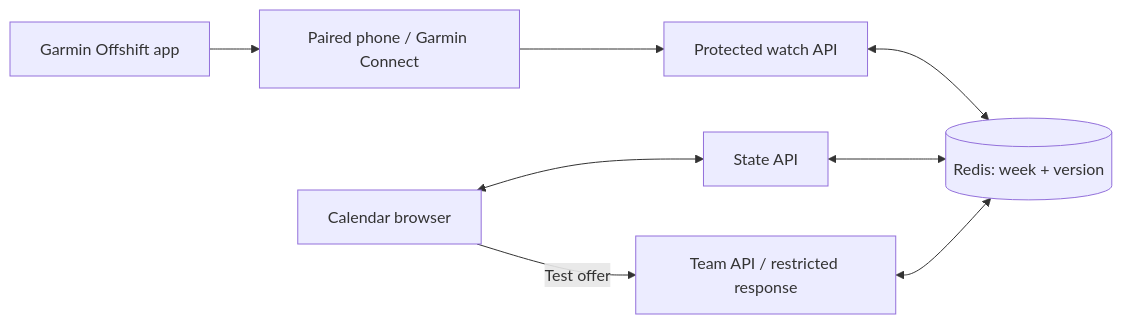
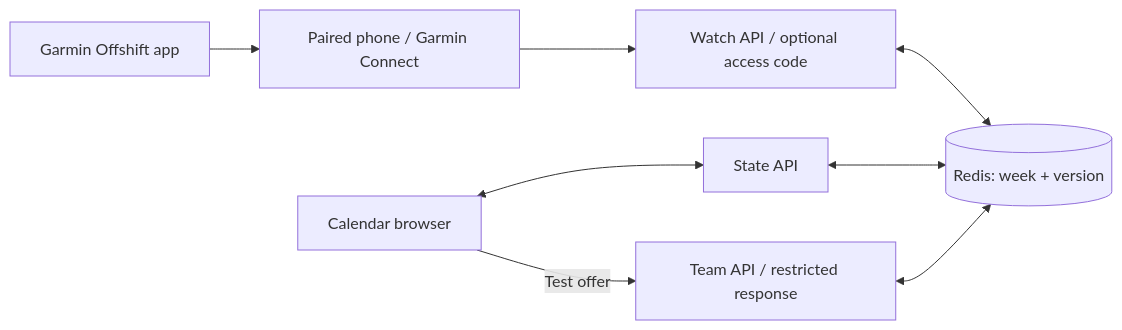
Before and after one commit to AndhikaNayakaAW/DECO2850-team-project: the diagram in docs/wiki/Architecture.md, drawn with Mermaid. The commit also changed other lines of this file and 10 other files, not shown here.

````diff
--- a/docs/wiki/Architecture.md
+++ b/docs/wiki/Architecture.md
@@ -7,10 +7,10 @@
 ```mermaid
 flowchart LR
   G[Garmin Offshift app] --> P[Paired phone / Garmin Connect]
-  P --> W[Protected watch API]
+  P --> W[Watch API / optional access code]
   C[Calendar browser] <--> S[State API]
   C -- Test offer --> A[Team API / restricted response]
   W <--> R[(Redis: week + version)]
   S <--> R
   A <--> R
 ```
````
